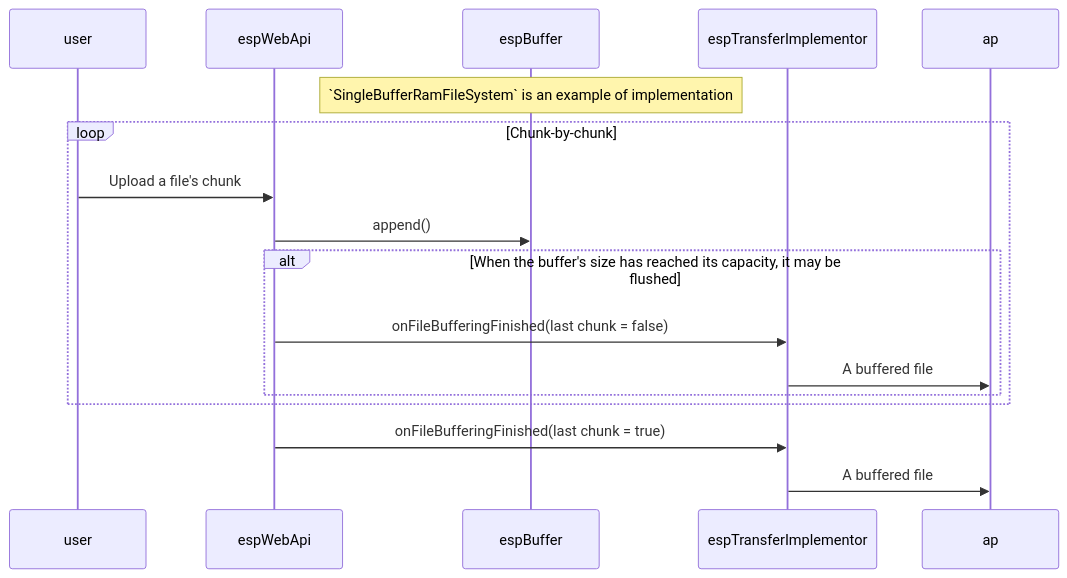
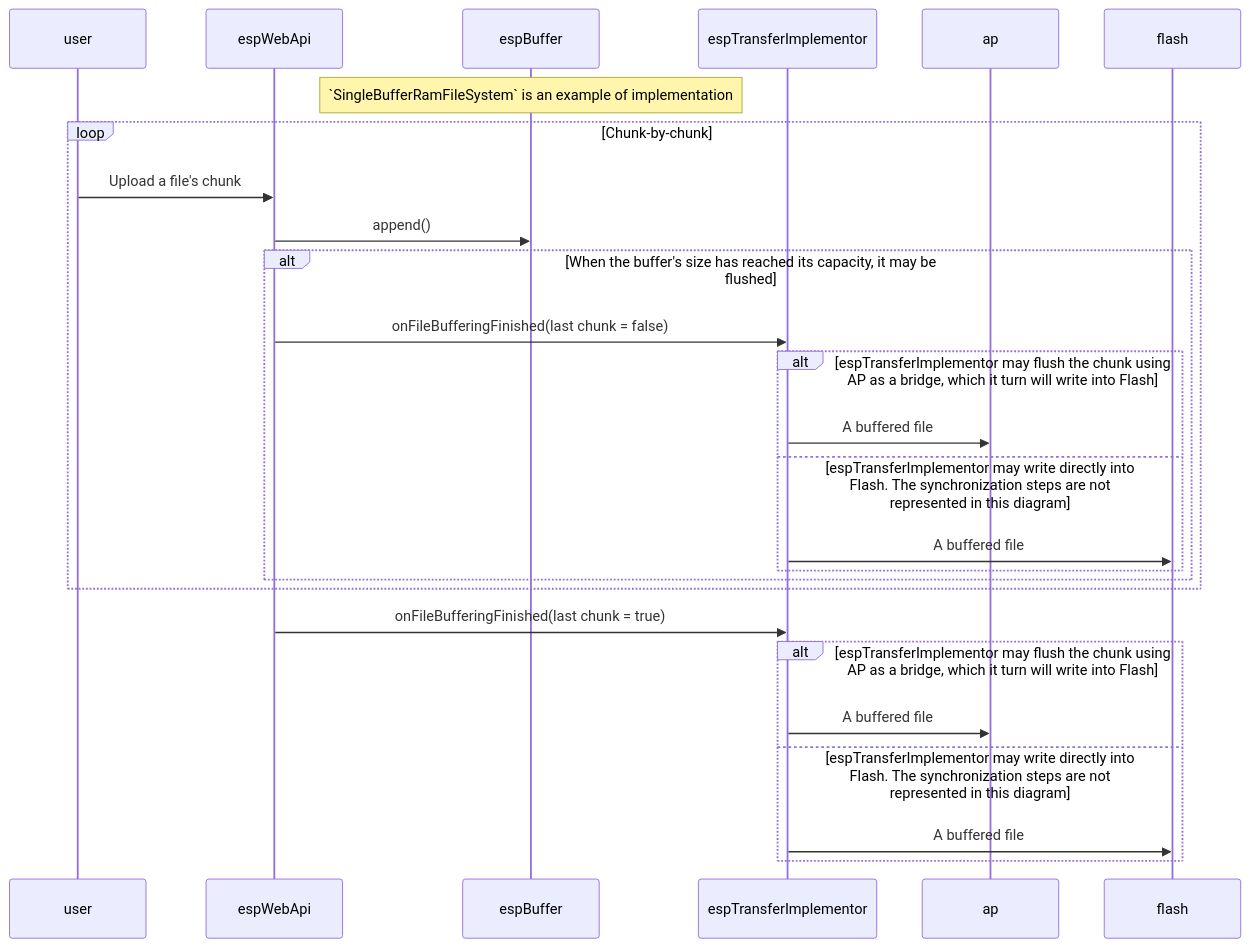
The diagram in components/buffered_file_transfer/README.md (geoscan/Esp32Cam), drawn with Mermaid before and after one commit. The commit also changed other lines of this file, not shown here.

Commit message:
[buffered_file_transfer:README] Ref | Alternative options

````diff
--- a/components/buffered_file_transfer/README.md
+++ b/components/buffered_file_transfer/README.md
@@ -31,23 +31,34 @@
 ```mermaid
 sequenceDiagram
     participant user
     participant espWebApi
     participant espBuffer
     participant espTransferImplementor
     participant ap
 
     note over espBuffer: `SingleBufferRamFileSystem` is an example of implementation
 
     loop Chunk-by-chunk
         user->>espWebApi: Upload a file's chunk
         espWebApi->>espBuffer: append()
 
-	alt When the buffer's size has reached its capacity, it may be flushed
-		    espWebApi->>espTransferImplementor: onFileBufferingFinished(last chunk = false)
-		    espTransferImplementor->>ap: A buffered file
-	end
+        alt When the buffer's size has reached its capacity, it may be flushed
+                espWebApi->>espTransferImplementor: onFileBufferingFinished(last chunk = false)
+
+                alt espTransferImplementor may flush the chunk using AP as a bridge, which it turn will write into Flash
+                    espTransferImplementor->>ap: A buffered file
+                else espTransferImplementor may write directly into Flash. The synchronization steps are not represented in this diagram
+                    espTransferImplementor->>flash: A buffered file
+                end
+        end
+
     end
 
     espWebApi->>espTransferImplementor: onFileBufferingFinished(last chunk = true)
-    espTransferImplementor->>ap: A buffered file
+
+    alt espTransferImplementor may flush the chunk using AP as a bridge, which it turn will write into Flash
+        espTransferImplementor->>ap: A buffered file
+    else espTransferImplementor may write directly into Flash. The synchronization steps are not represented in this diagram
+        espTransferImplementor->>flash: A buffered file
+    end
 ```
````
